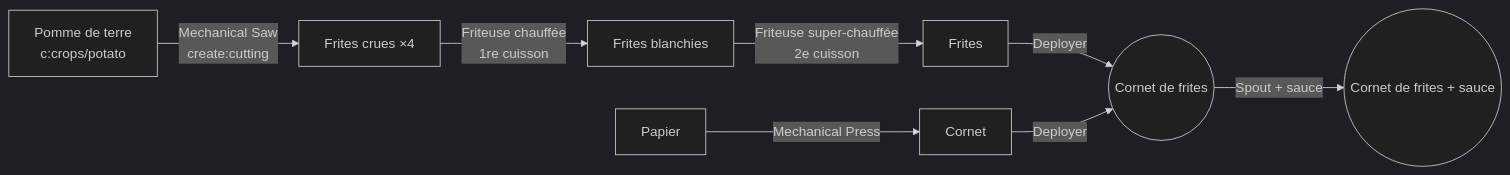
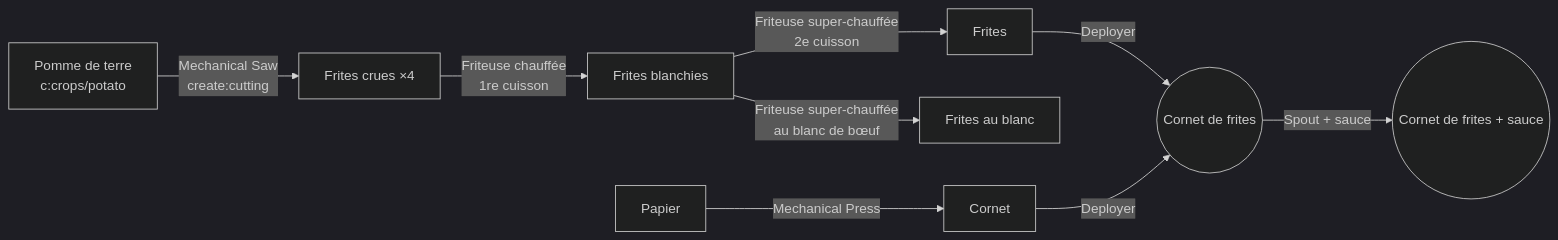
The first of 2 diagrams in docs/13-cahier-des-charges-v2.md (THEFricadelle/Create-Belgian-Snacks), drawn with Mermaid (dark theme) before and after one commit. The commit also changed other lines of this file and 1 other file, not shown here.

````diff
--- a/docs/13-cahier-des-charges-v2.md
+++ b/docs/13-cahier-des-charges-v2.md
@@ -184,9 +184,10 @@
 ```mermaid
 flowchart LR
   P[Pomme de terre<br/>c:crops/potato] -->|Mechanical Saw<br/>create:cutting| R[Frites crues ×4]
   R -->|Friteuse chauffée<br/>1re cuisson| B[Frites blanchies]
   B -->|Friteuse super-chauffée<br/>2e cuisson| F[Frites]
+  B -->|Friteuse super-chauffée<br/>au blanc de bœuf| FT[Frites au blanc]
   C[Papier] -->|Mechanical Press| K[Cornet]
   F & K -->|Deployer| N((Cornet de frites))
   N -->|Spout + sauce| S((Cornet de frites + sauce))
 ```
````
